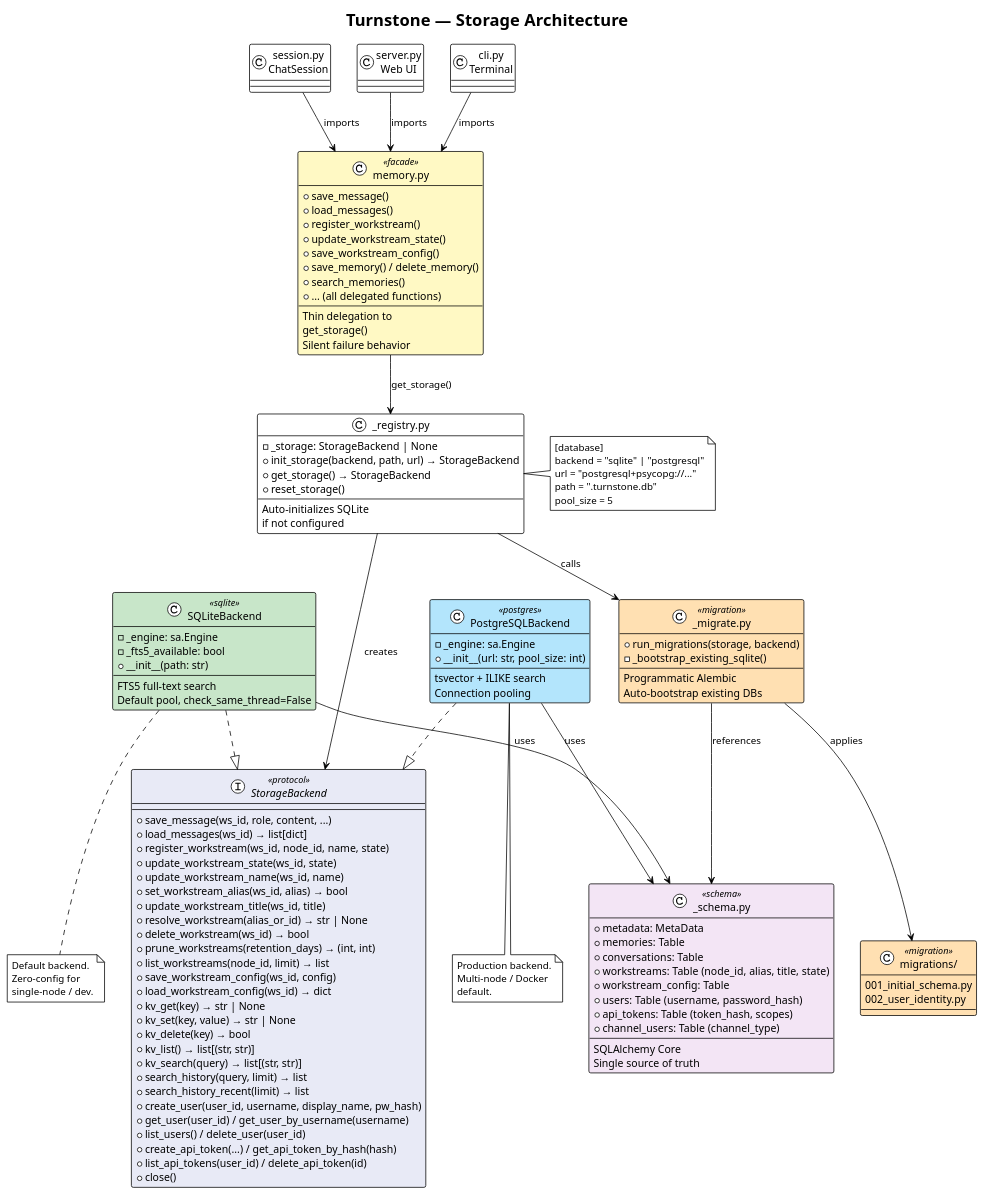
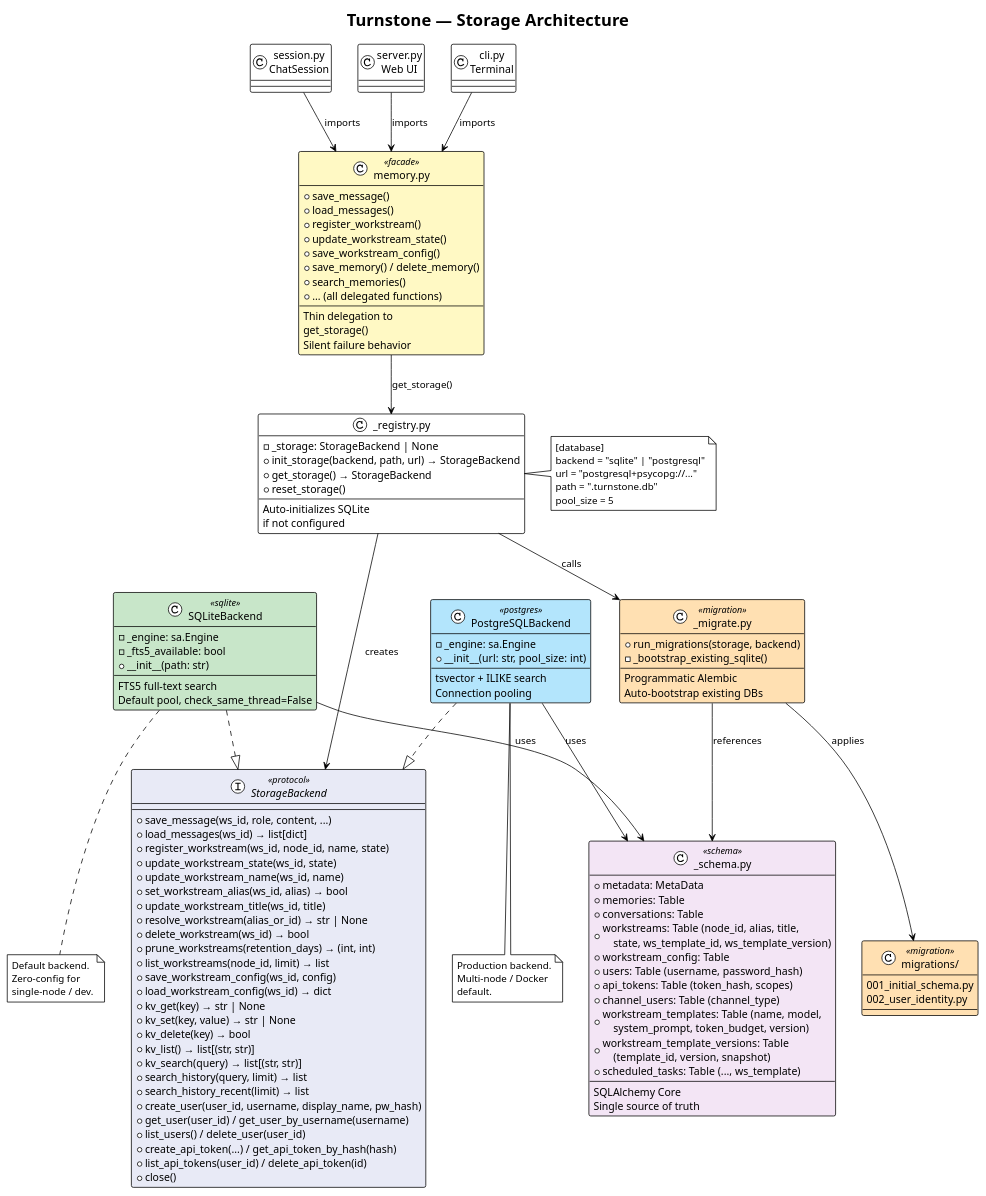
Before and after one commit to turnstonelabs/turnstone: the diagram in docs/diagrams/14-storage-architecture.puml, drawn with PlantUML. The commit also changed 42 other files, not shown here.

```diff
--- a/docs/diagrams/14-storage-architecture.puml
+++ b/docs/diagrams/14-storage-architecture.puml
@@ -1,168 +1,171 @@
 @startuml
 !theme plain
 title Turnstone — Storage Architecture
 
 skinparam class {
     BackgroundColor<<protocol>> #E8EAF6
     BackgroundColor<<sqlite>> #C8E6C9
     BackgroundColor<<postgres>> #B3E5FC
     BackgroundColor<<facade>> #FFF9C4
     BackgroundColor<<migration>> #FFE0B2
     BackgroundColor<<schema>> #F3E5F5
 }
 
 ' -- Protocol --
 interface "StorageBackend" as SB <<protocol>> {
     +save_message(ws_id, role, content, ...)
     +load_messages(ws_id) → list[dict]
     +register_workstream(ws_id, node_id, name, state)
     +update_workstream_state(ws_id, state)
     +update_workstream_name(ws_id, name)
     +set_workstream_alias(ws_id, alias) → bool
     +update_workstream_title(ws_id, title)
     +resolve_workstream(alias_or_id) → str | None
     +delete_workstream(ws_id) → bool
     +prune_workstreams(retention_days) → (int, int)
     +list_workstreams(node_id, limit) → list
     +save_workstream_config(ws_id, config)
     +load_workstream_config(ws_id) → dict
     +kv_get(key) → str | None
     +kv_set(key, value) → str | None
     +kv_delete(key) → bool
     +kv_list() → list[(str, str)]
     +kv_search(query) → list[(str, str)]
     +search_history(query, limit) → list
     +search_history_recent(limit) → list
     +create_user(user_id, username, display_name, pw_hash)
     +get_user(user_id) / get_user_by_username(username)
     +list_users() / delete_user(user_id)
     +create_api_token(...) / get_api_token_by_hash(hash)
     +list_api_tokens(user_id) / delete_api_token(id)
     +close()
 }
 
 ' -- Backends --
 class "SQLiteBackend" as SQLite <<sqlite>> {
     -_engine: sa.Engine
     -_fts5_available: bool
     +__init__(path: str)
     --
     FTS5 full-text search
     Default pool, check_same_thread=False
 }
 
 class "PostgreSQLBackend" as PG <<postgres>> {
     -_engine: sa.Engine
     +__init__(url: str, pool_size: int)
     --
     tsvector + ILIKE search
     Connection pooling
 }
 
 ' -- Schema --
 class "_schema.py" as Schema <<schema>> {
     +metadata: MetaData
     +memories: Table
     +conversations: Table
-    +workstreams: Table (node_id, alias, title, state)
+    +workstreams: Table (node_id, alias, title,\n    state, ws_template_id, ws_template_version)
     +workstream_config: Table
     +users: Table (username, password_hash)
     +api_tokens: Table (token_hash, scopes)
     +channel_users: Table (channel_type)
+    +workstream_templates: Table (name, model,\n    system_prompt, token_budget, version)
+    +workstream_template_versions: Table\n    (template_id, version, snapshot)
+    +scheduled_tasks: Table (..., ws_template)
     --
     SQLAlchemy Core
     Single source of truth
 }
 
 ' -- Migration --
 class "_migrate.py" as Migrate <<migration>> {
     +run_migrations(storage, backend)
     -_bootstrap_existing_sqlite()
     --
     Programmatic Alembic
     Auto-bootstrap existing DBs
 }
 
 class "migrations/" as Versions <<migration>> {
     001_initial_schema.py
     002_user_identity.py
 }
 
 ' -- Registry --
 class "_registry.py" as Registry {
     -_storage: StorageBackend | None
     +init_storage(backend, path, url) → StorageBackend
     +get_storage() → StorageBackend
     +reset_storage()
     --
     Auto-initializes SQLite
     if not configured
 }
 
 ' -- Facade --
 class "memory.py" as Facade <<facade>> {
     +save_message()
     +load_messages()
     +register_workstream()
     +update_workstream_state()
     +save_workstream_config()
     +save_memory() / delete_memory()
     +search_memories()
     +... (all delegated functions)
     --
     Thin delegation to
     get_storage()
     Silent failure behavior
 }
 
 ' -- Consumers --
 class "session.py\nChatSession" as Session {
 }
 
 class "server.py\nWeb UI" as Server {
 }
 
 class "cli.py\nTerminal" as CLI {
 }
 
 ' -- Relationships --
 SQLite ..|> SB
 PG ..|> SB
 
 SQLite --> Schema : uses
 PG --> Schema : uses
 
 Registry --> SB : creates
 Registry --> Migrate : calls
 
 Migrate --> Versions : applies
 Migrate --> Schema : references
 
 Facade --> Registry : get_storage()
 
 Session --> Facade : imports
 Server --> Facade : imports
 CLI --> Facade : imports
 
 ' -- Config --
 note right of Registry
   [database]
   backend = "sqlite" | "postgresql"
   url = "postgresql+psycopg://..."
   path = ".turnstone.db"
   pool_size = 5
 end note
 
 note bottom of SQLite
   Default backend.
   Zero-config for
   single-node / dev.
 end note
 
 note bottom of PG
   Production backend.
   Multi-node / Docker
   default.
 end note
 
 @enduml
```
